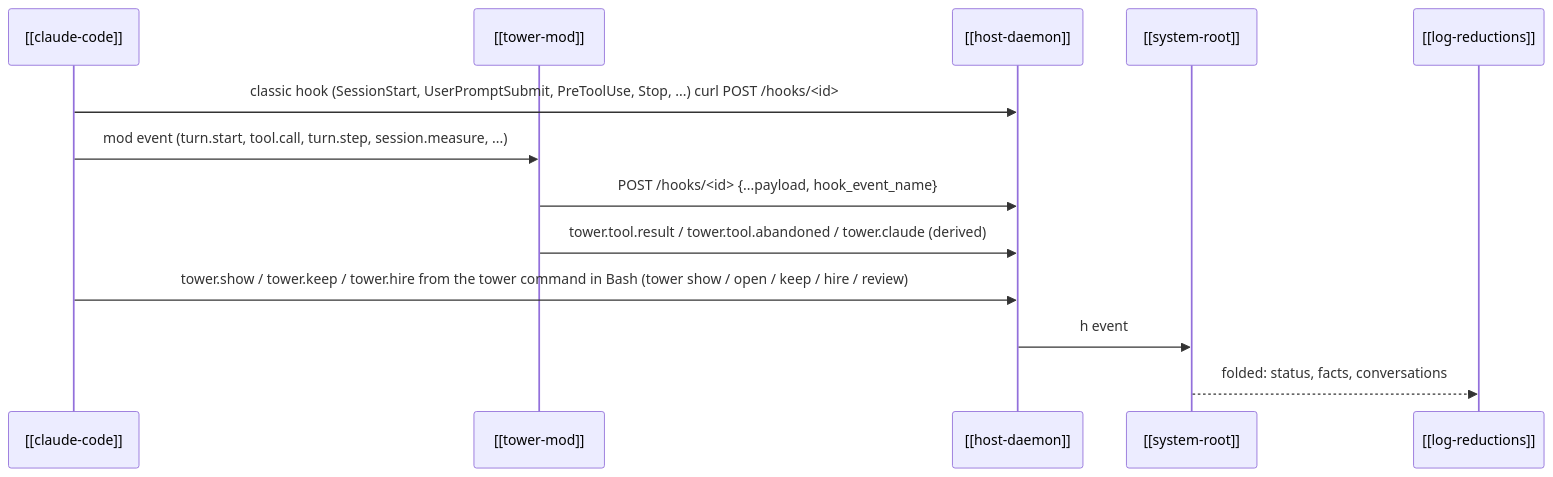
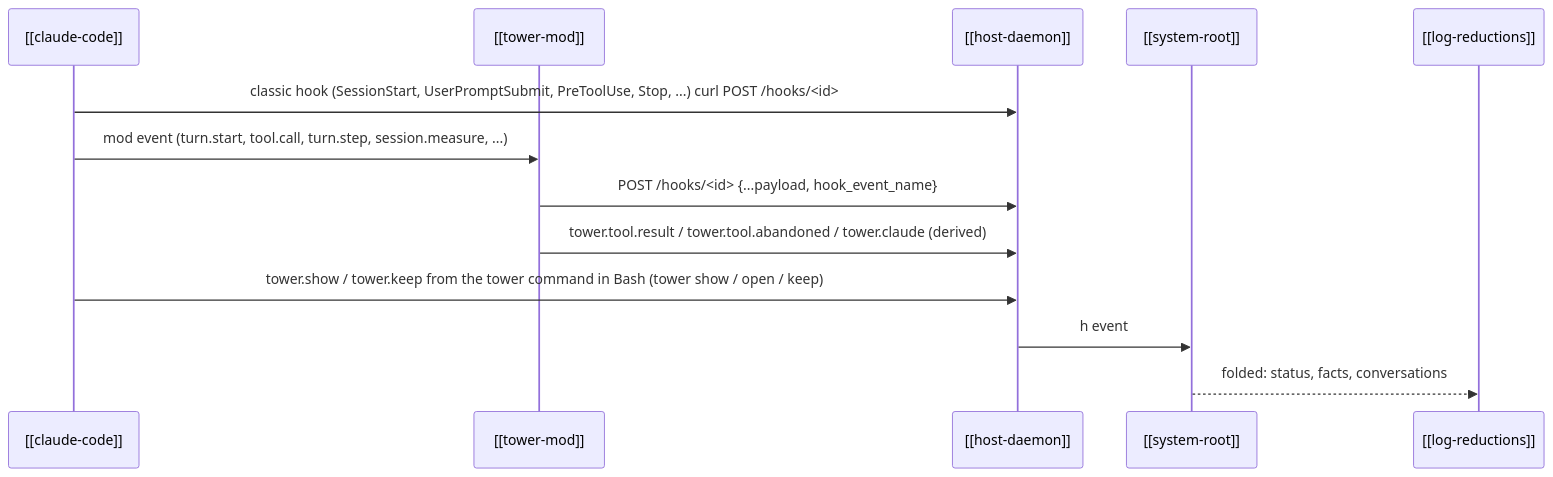
The diagram in kb/entities/flows/hook-events.md (RegiByte/the-tower), drawn with Mermaid before and after one commit. The commit also changed other lines of this file and 15 other files, not shown here.

First line of the commit message:
Hiring limits in the core: a spawn with hire is weighed, logged and counted by the tower, one hire of a hirer at a time

````diff
--- a/kb/entities/flows/hook-events.md
+++ b/kb/entities/flows/hook-events.md
@@ -12,15 +12,15 @@
 ```mermaid
 sequenceDiagram
   participant C as [[claude-code]]
   participant M as [[tower-mod]]
   participant H as [[host-daemon]]
   participant R as [[system-root]]
   participant F as [[log-reductions]]
   C->>H: classic hook (SessionStart, UserPromptSubmit, PreToolUse, Stop, ...) curl POST /hooks/<id>
   C->>M: mod event (turn.start, tool.call, turn.step, session.measure, ...)
   M->>H: POST /hooks/<id> {...payload, hook_event_name}
   M->>H: tower.tool.result / tower.tool.abandoned / tower.claude (derived)
-  C->>H: tower.show / tower.keep / tower.hire from the tower command in Bash (tower show / open / keep / hire / review)
+  C->>H: tower.show / tower.keep from the tower command in Bash (tower show / open / keep)
   H->>R: h event
   R-->>F: folded: status, facts, conversations
 ```
````
